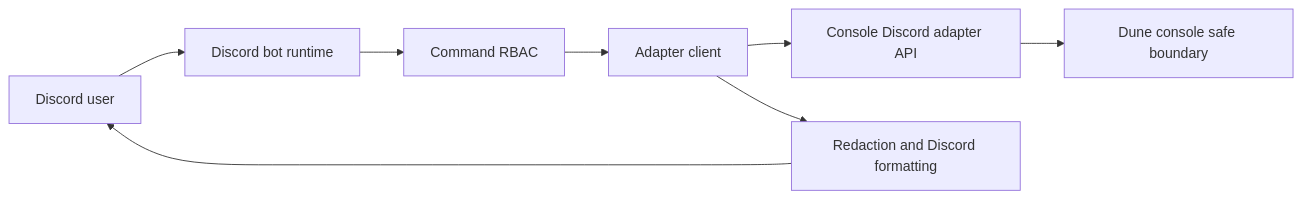
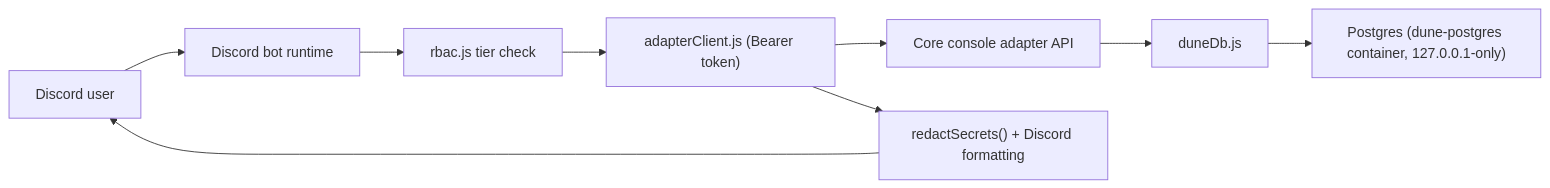
Before and after one commit to Project-Arrakis/mentat: the diagram in docs/architecture.md, drawn with Mermaid. The commit also changed other lines of this file and 3 other files, not shown here.

First line of the commit message:
docs: correct architecture.md, add mechanical drift check (#373)

````diff
--- a/docs/architecture.md
+++ b/docs/architecture.md
@@ -27,10 +52,11 @@
 ```mermaid
 flowchart LR
   User["Discord user"] --> Bot["Discord bot runtime"]
-  Bot --> Guard["Command RBAC"]
-  Guard --> Client["Adapter client"]
-  Client --> Adapter["Console Discord adapter API"]
-  Adapter --> Console["Dune console safe boundary"]
-  Client --> Redaction["Redaction and Discord formatting"]
+  Bot --> Guard["rbac.js tier check"]
+  Guard --> Client["adapterClient.js (Bearer token)"]
+  Client --> Adapter["Core console adapter API"]
+  Adapter --> DuneDb["duneDb.js"]
+  DuneDb --> PG["Postgres (dune-postgres container, 127.0.0.1-only)"]
+  Client --> Redaction["redactSecrets() + Discord formatting"]
   Redaction --> User
 ```
````
